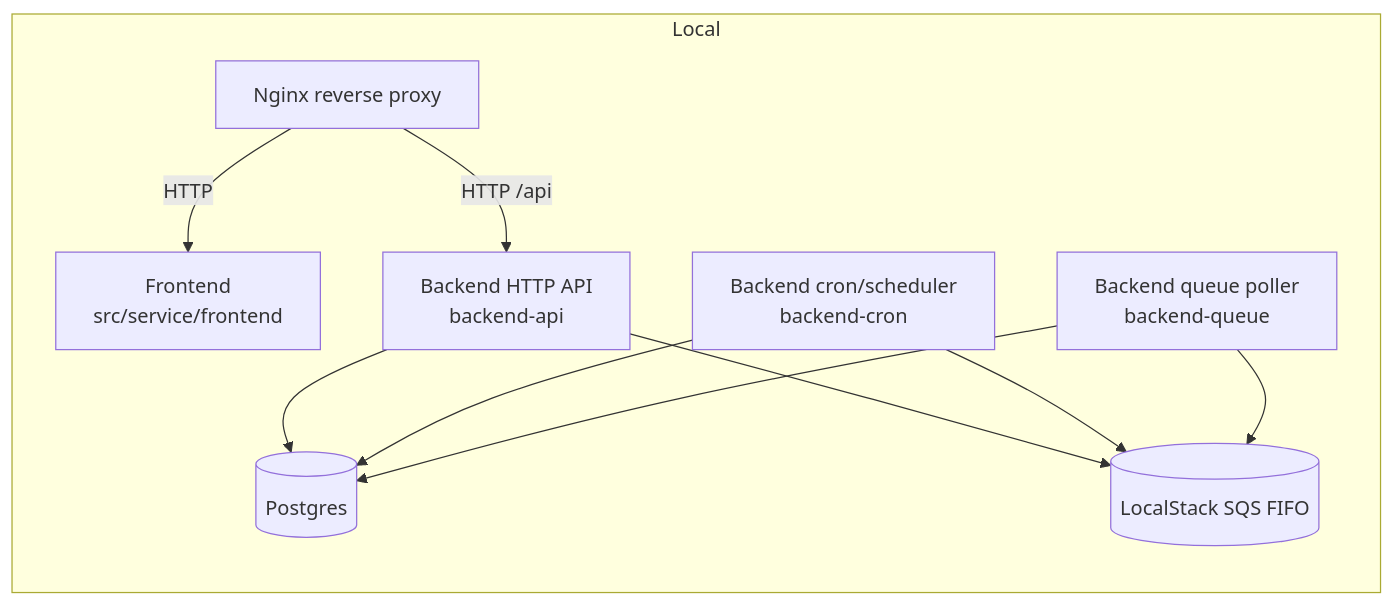
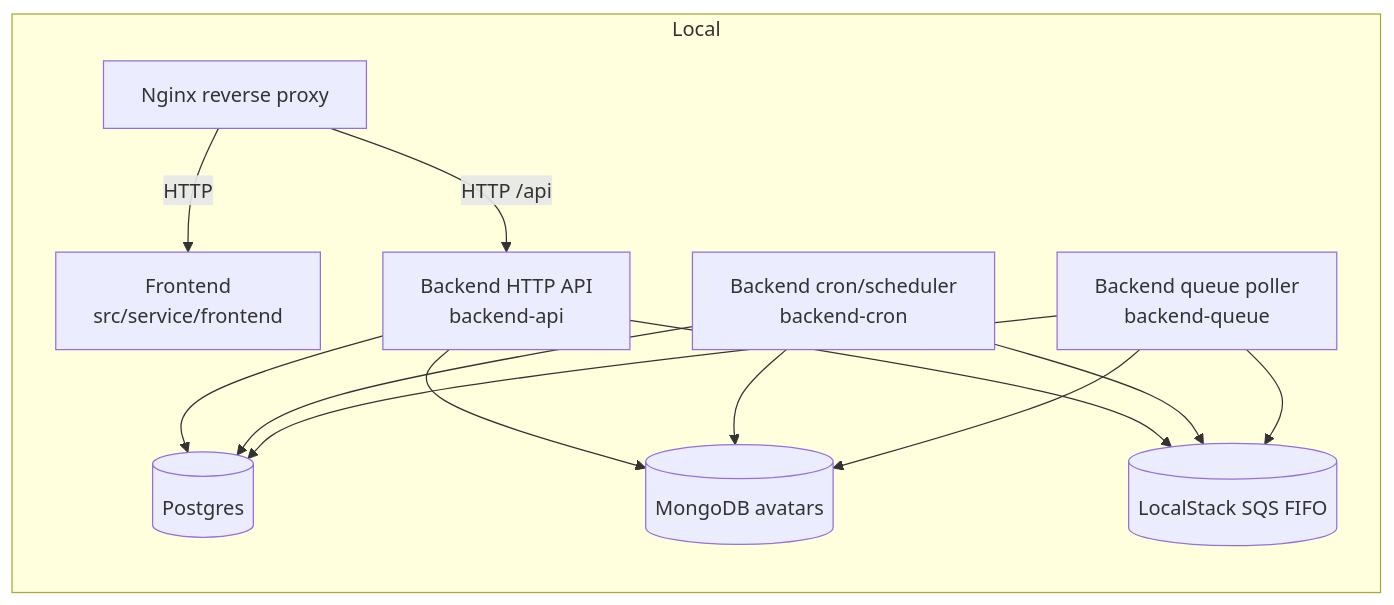
Before and after one commit to younganswer/clean-ddd: the first of 2 diagrams in docs/runtime-topology.md, drawn with Mermaid. The commit also changed other lines of this file and 4 other files, not shown here.

Commit message:
docs: emphasize DIP-focused architecture guidance

````diff
--- a/docs/runtime-topology.md
+++ b/docs/runtime-topology.md
@@ -12,18 +12,22 @@
 ```mermaid
 graph LR
   subgraph LocalMachine[Local]
     NGINX[Nginx reverse proxy] -->|HTTP| FE["Frontend<br/>src/service/frontend"]
     NGINX -->|HTTP /api| API["Backend HTTP API<br/>backend-api"]
 
     CRON["Backend cron/scheduler<br/>backend-cron"]
     QP["Backend queue poller<br/>backend-queue"]
 
     API --> DB[(Postgres)]
     CRON --> DB
     QP --> DB
 
+    API --> MDB[(MongoDB avatars)]
+    CRON --> MDB
+    QP --> MDB
+
     API --> SQS[(LocalStack SQS FIFO)]
     CRON --> SQS
     QP --> SQS
   end
 ```
````
